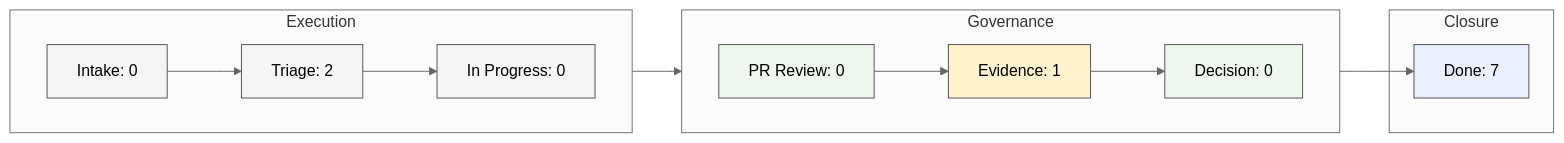
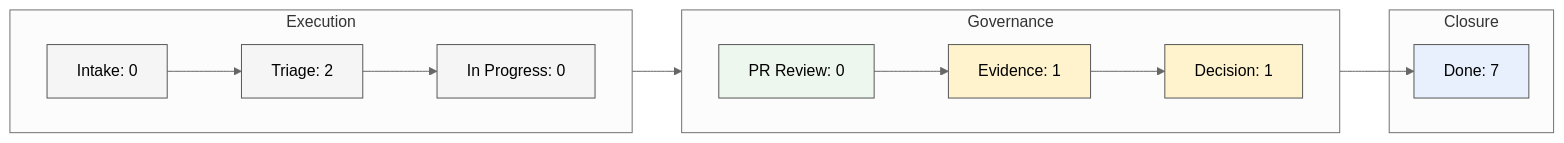
The diagram in dashboard/index.md (ShaileshRawat1403/ai-sdlc-control-plane), drawn with Mermaid (neutral theme) before and after one commit. The commit also changed other lines of this file and 4 other files, not shown here.

Commit message:
chore: resolve toolsmith-script-architecture gap (V0.4.5)

````diff
--- a/dashboard/index.md
+++ b/dashboard/index.md
@@ -38,29 +38,29 @@
 ```mermaid
 flowchart LR
   subgraph Execution [Execution]
     direction LR
     Intake["Intake: 0"] --> Triage["Triage: 2"] --> InProgress["In Progress: 0"]
   end
   subgraph Governance [Governance]
     direction LR
-    PrReview["PR Review: 0"] --> Evidence["Evidence: 1"] --> Decision["Decision: 0"]
+    PrReview["PR Review: 0"] --> Evidence["Evidence: 1"] --> Decision["Decision: 1"]
   end
   subgraph Closure [Closure]
     Done["Done: 7"]
   end
   InProgress --> PrReview
   Decision --> Done
 
   classDef active fill:#f5f5f5,stroke:#555,stroke-width:1px;
   classDef clear fill:#eef7ee,stroke:#555,stroke-width:1px;
   classDef warning fill:#fff3cd,stroke:#555,stroke-width:1px;
   classDef done fill:#e8f0fe,stroke:#555,stroke-width:1px;
 
   Intake:::active
   Triage:::active
   InProgress:::active
   PrReview:::clear
   Evidence:::warning
-  Decision:::clear
+  Decision:::warning
   Done:::done
 ```
````
